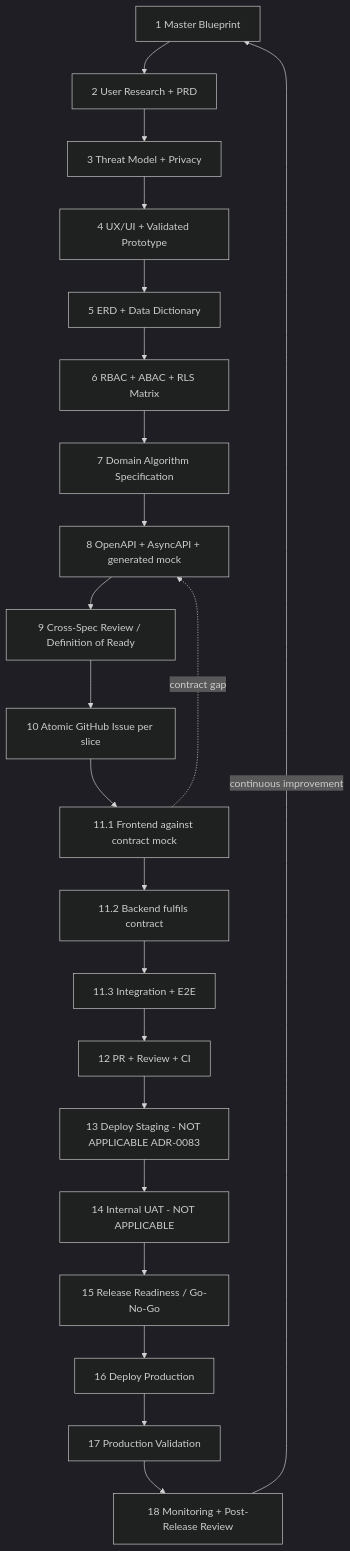
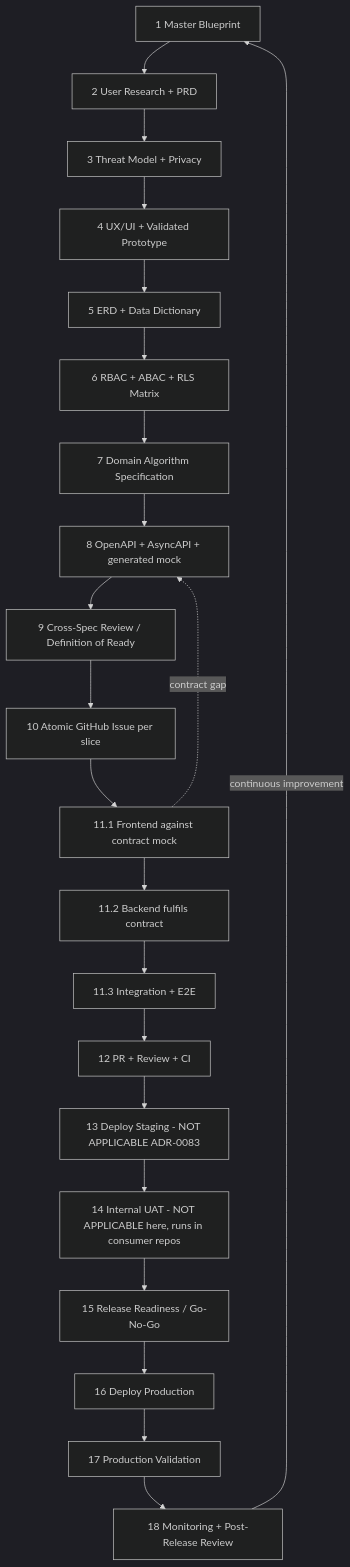
Before and after one commit to ahliweb/awcms: the diagram in docs/awcms/alur-pengembangan.md, drawn with Mermaid (dark theme). The commit also changed other lines of this file and 4 other files, not shown here.

````diff
--- a/docs/awcms/alur-pengembangan.md
+++ b/docs/awcms/alur-pengembangan.md
@@ -29,24 +29,24 @@
 ```mermaid
 flowchart TD
   S1[1 Master Blueprint] --> S2[2 User Research + PRD]
   S2 --> S3[3 Threat Model + Privacy]
   S3 --> S4[4 UX/UI + Validated Prototype]
   S4 --> S5[5 ERD + Data Dictionary]
   S5 --> S6[6 RBAC + ABAC + RLS Matrix]
   S6 --> S7[7 Domain Algorithm Specification]
   S7 --> S8[8 OpenAPI + AsyncAPI + generated mock]
   S8 --> S9[9 Cross-Spec Review / Definition of Ready]
   S9 --> S10[10 Atomic GitHub Issue per slice]
   S10 --> S111[11.1 Frontend against contract mock]
   S111 --> S112[11.2 Backend fulfils contract]
   S112 --> S113[11.3 Integration + E2E]
   S113 --> S12[12 PR + Review + CI]
   S12 --> S13[13 Deploy Staging - NOT APPLICABLE ADR-0083]
-  S13 --> S14[14 Internal UAT - NOT APPLICABLE]
+  S13 --> S14[14 Internal UAT - NOT APPLICABLE here, runs in consumer repos]
   S14 --> S15[15 Release Readiness / Go-No-Go]
   S15 --> S16[16 Deploy Production]
   S16 --> S17[17 Production Validation]
   S17 --> S18[18 Monitoring + Post-Release Review]
   S18 -->|continuous improvement| S1
   S111 -.->|contract gap| S8
 ```
````
